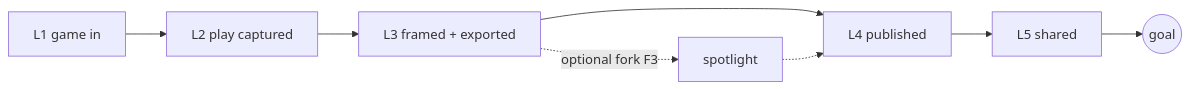
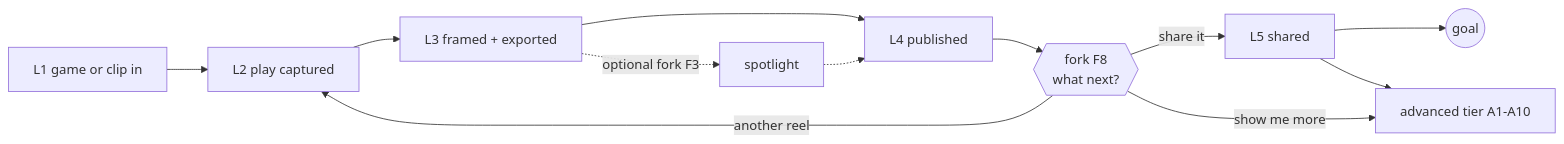
One commit to imankha/video-editor changed the second of 5 diagrams in docs/plans/tasks/T7620-design.md. Above: the diagram before and after it, drawn with Mermaid. The commit also changed other lines of this file and 4 other files, not shown here.

````diff
--- a/docs/plans/tasks/T7620-design.md
+++ b/docs/plans/tasks/T7620-design.md
@@ -115,6 +127,10 @@
 ```mermaid
 flowchart LR
-    L1[L1 game in] --> L2[L2 play captured] --> L3[L3 framed + exported]
-    L3 --> L4[L4 published] --> L5[L5 shared] --> DONE((goal))
+    L1[L1 game or clip in] --> L2[L2 play captured] --> L3[L3 framed + exported]
+    L3 --> L4[L4 published] --> F8{{fork F8<br/>what next?}}
+    F8 -->|share it| L5[L5 shared] --> DONE((goal))
+    F8 -->|show me more| ADV[advanced tier A1-A10]
+    F8 -->|another reel| L2
     L3 -.optional fork F3.-> OV[spotlight] -.-> L4
+    L5 --> ADV
 ```
````
